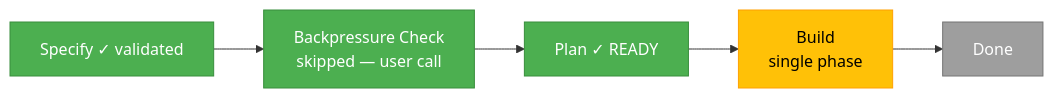
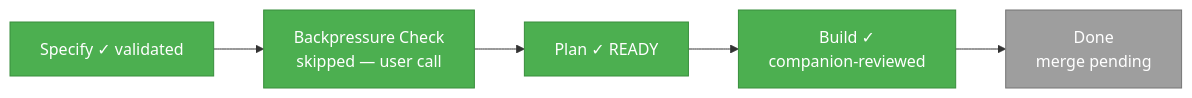
The second of 2 diagrams in docs/plans/016-arch-conformance-extension/arch-conformance-extension.fltplan.md (AI-Substrate/harness-engineering), drawn with Mermaid before and after one commit. The commit also changed other lines of this file and 3 other files, not shown here.

````diff
--- a/docs/plans/016-arch-conformance-extension/arch-conformance-extension.fltplan.md
+++ b/docs/plans/016-arch-conformance-extension/arch-conformance-extension.fltplan.md
@@ -80,9 +80,9 @@
 ```mermaid
 flowchart LR
     classDef done fill:#4CAF50,stroke:#388E3C,color:#fff
     classDef active fill:#FFC107,stroke:#FFA000,color:#000
     classDef ready fill:#9E9E9E,stroke:#757575,color:#fff
 
     S[Specify ✓ validated]:::done --> BP[Backpressure Check<br/>skipped — user call]:::done
-    BP --> P[Plan ✓ READY]:::done --> B[Build<br/>single phase]:::active --> D[Done]:::ready
+    BP --> P[Plan ✓ READY]:::done --> B[Build ✓<br/>companion-reviewed]:::done --> D[Done<br/>merge pending]:::ready
 ```
````
